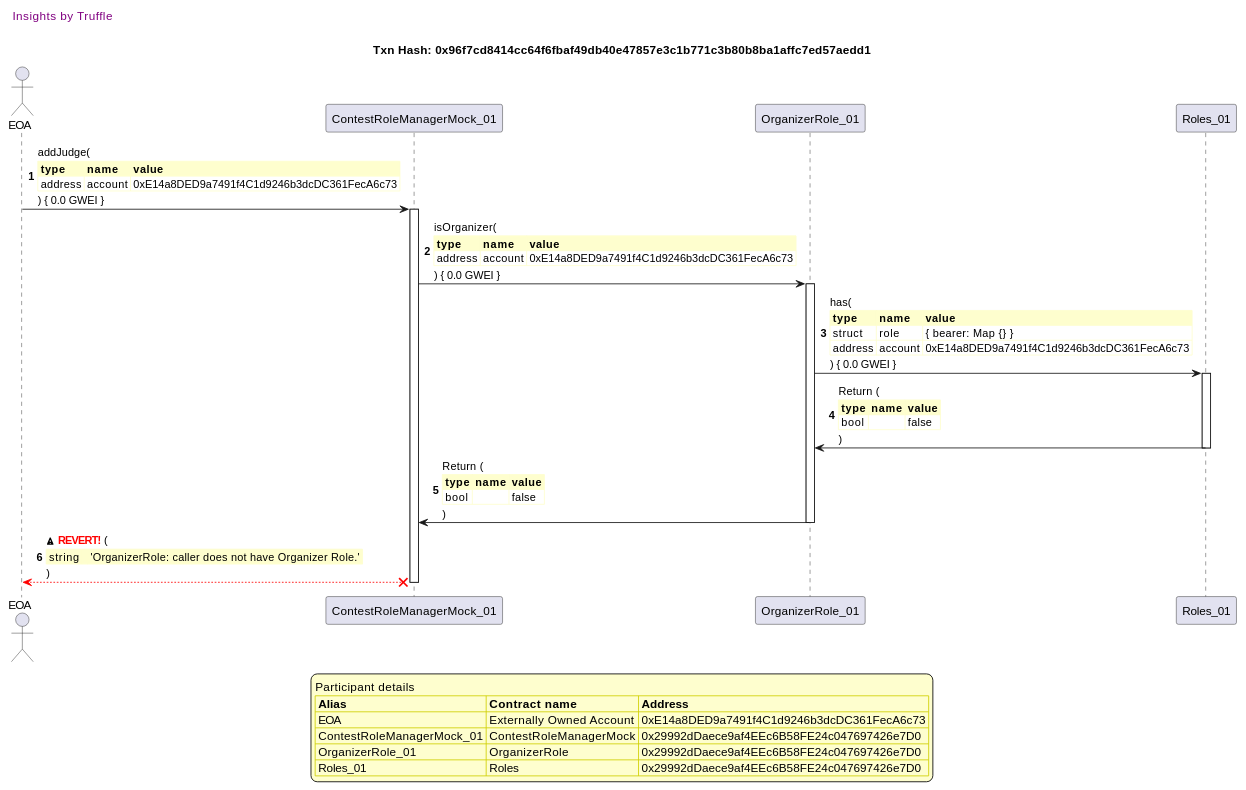
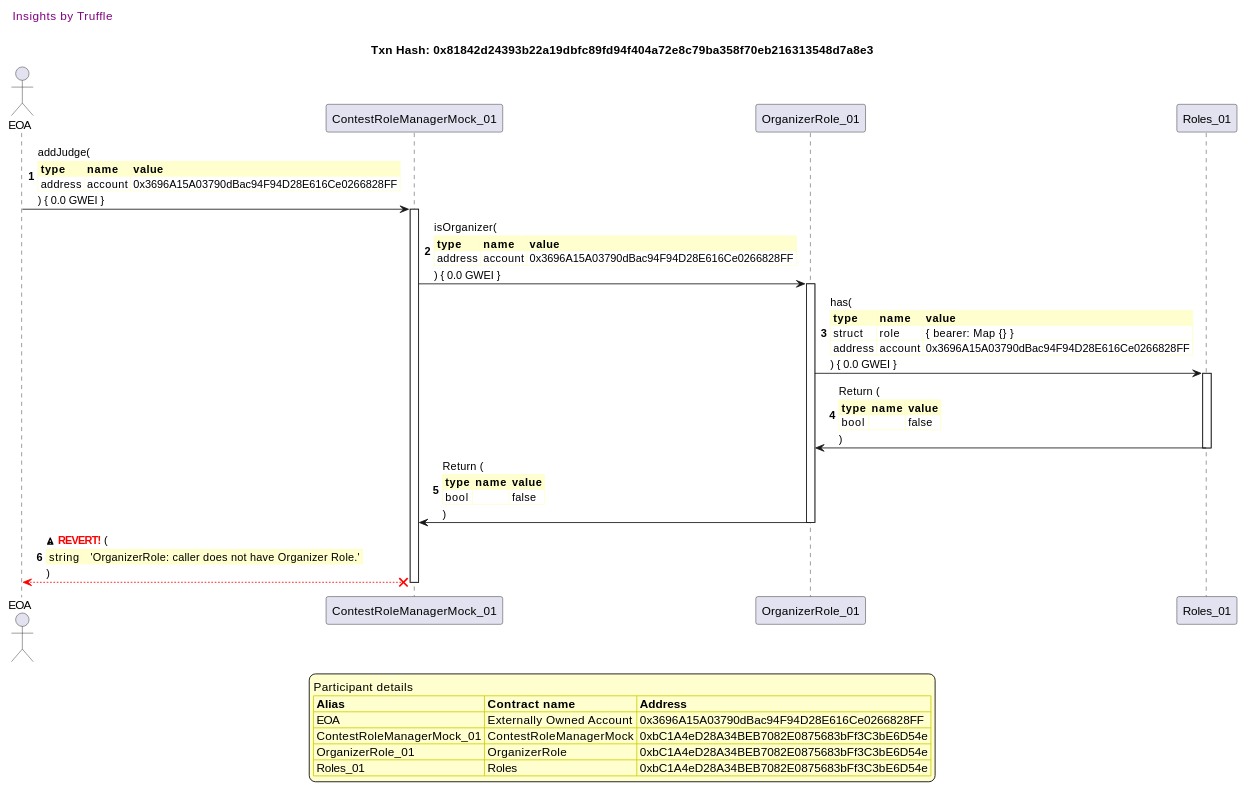
The second of 20 diagrams in truffle-seq/roles_contestrolemanager.md (fodisi/hackapay), drawn with PlantUML before and after one commit. The commit also changed other lines of this file and 10 other files, not shown here.

````diff
--- a/truffle-seq/roles_contestrolemanager.md
+++ b/truffle-seq/roles_contestrolemanager.md
@@ -98,64 +98,64 @@
 ```plantuml
 
 
 @startuml
 
 autonumber
 skinparam legendBackgroundColor #FEFECE
 
 <style>
       header {
         HorizontalAlignment left
         FontColor purple
         FontSize 14
         Padding 10
       }
     </style>
 
 header Insights by Truffle
 
-title Txn Hash: 0x96f7cd8414cc64f6fbaf49db40e47857e3c1b771c3b80b8ba1affc7ed57aedd1
+title Txn Hash: 0x81842d24393b22a19dbfc89fd94f404a72e8c79ba358f70eb216313548d7a8e3
 
 
 actor EOA as "EOA"
 participant ContestRoleManagerMock_01 as "ContestRoleManagerMock_01"
 participant OrganizerRole_01 as "OrganizerRole_01"
 participant Roles_01 as "Roles_01"
 
 "EOA" -> "ContestRoleManagerMock_01" ++: addJudge(\n\
 <#FEFECE,#FEFECE>|= type |= name |= value |\n\
-| address | account | 0xE14a8DED9a7491f4C1d9246b3dcDC361FecA6c73 |\n\
+| address | account | 0x3696A15A03790dBac94F94D28E616Ce0266828FF |\n\
 ) { 0.0 GWEI }
 "ContestRoleManagerMock_01" -> "OrganizerRole_01" ++: isOrganizer(\n\
 <#FEFECE,#FEFECE>|= type |= name |= value |\n\
-| address | account | 0xE14a8DED9a7491f4C1d9246b3dcDC361FecA6c73 |\n\
+| address | account | 0x3696A15A03790dBac94F94D28E616Ce0266828FF |\n\
 ) { 0.0 GWEI }
 "OrganizerRole_01" -> "Roles_01" ++: has(\n\
 <#FEFECE,#FEFECE>|= type |= name |= value |\n\
 | struct | role | { bearer: Map {} } |\n\
-| address | account | 0xE14a8DED9a7491f4C1d9246b3dcDC361FecA6c73 |\n\
+| address | account | 0x3696A15A03790dBac94F94D28E616Ce0266828FF |\n\
 ) { 0.0 GWEI }
 "Roles_01" -> "OrganizerRole_01" --: Return (\n\
 <#FEFECE,#FEFECE>|= type |= name |= value |\n\
 | bool |  | false |\n\
 )
 "OrganizerRole_01" -> "ContestRoleManagerMock_01" --: Return (\n\
 <#FEFECE,#FEFECE>|= type |= name |= value |\n\
 | bool |  | false |\n\
 )
 "ContestRoleManagerMock_01" x-[#red]-> "EOA" --: <&warning> <color #red>**REVERT!**</color> (\n\
 <#FEFECE,#FEFECE>| string |  | 'OrganizerRole: caller does not have Organizer Role.' |\n\
 )
 deactivate "ContestRoleManagerMock_01"
 
 legend
 Participant details
 <#FEFECE,#D0D000>|= Alias |= Contract name |= Address |
-<#FEFECE>| EOA | Externally Owned Account | 0xE14a8DED9a7491f4C1d9246b3dcDC361FecA6c73 |
-<#FEFECE>| ContestRoleManagerMock_01 | ContestRoleManagerMock | 0x29992dDaece9af4EEc6B58FE24c047697426e7D0 |
-<#FEFECE>| OrganizerRole_01 | OrganizerRole | 0x29992dDaece9af4EEc6B58FE24c047697426e7D0 |
-<#FEFECE>| Roles_01 | Roles | 0x29992dDaece9af4EEc6B58FE24c047697426e7D0 |
+<#FEFECE>| EOA | Externally Owned Account | 0x3696A15A03790dBac94F94D28E616Ce0266828FF |
+<#FEFECE>| ContestRoleManagerMock_01 | ContestRoleManagerMock | 0xbC1A4eD28A34BEB7082E0875683bFf3C3bE6D54e |
+<#FEFECE>| OrganizerRole_01 | OrganizerRole | 0xbC1A4eD28A34BEB7082E0875683bFf3C3bE6D54e |
+<#FEFECE>| Roles_01 | Roles | 0xbC1A4eD28A34BEB7082E0875683bFf3C3bE6D54e |
 endlegend
 
 @enduml
 ```
````
